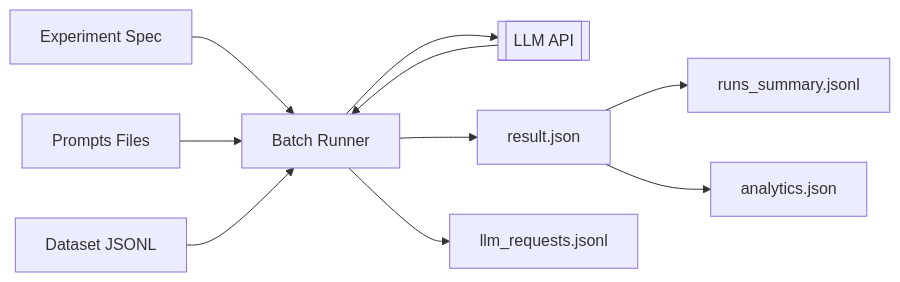
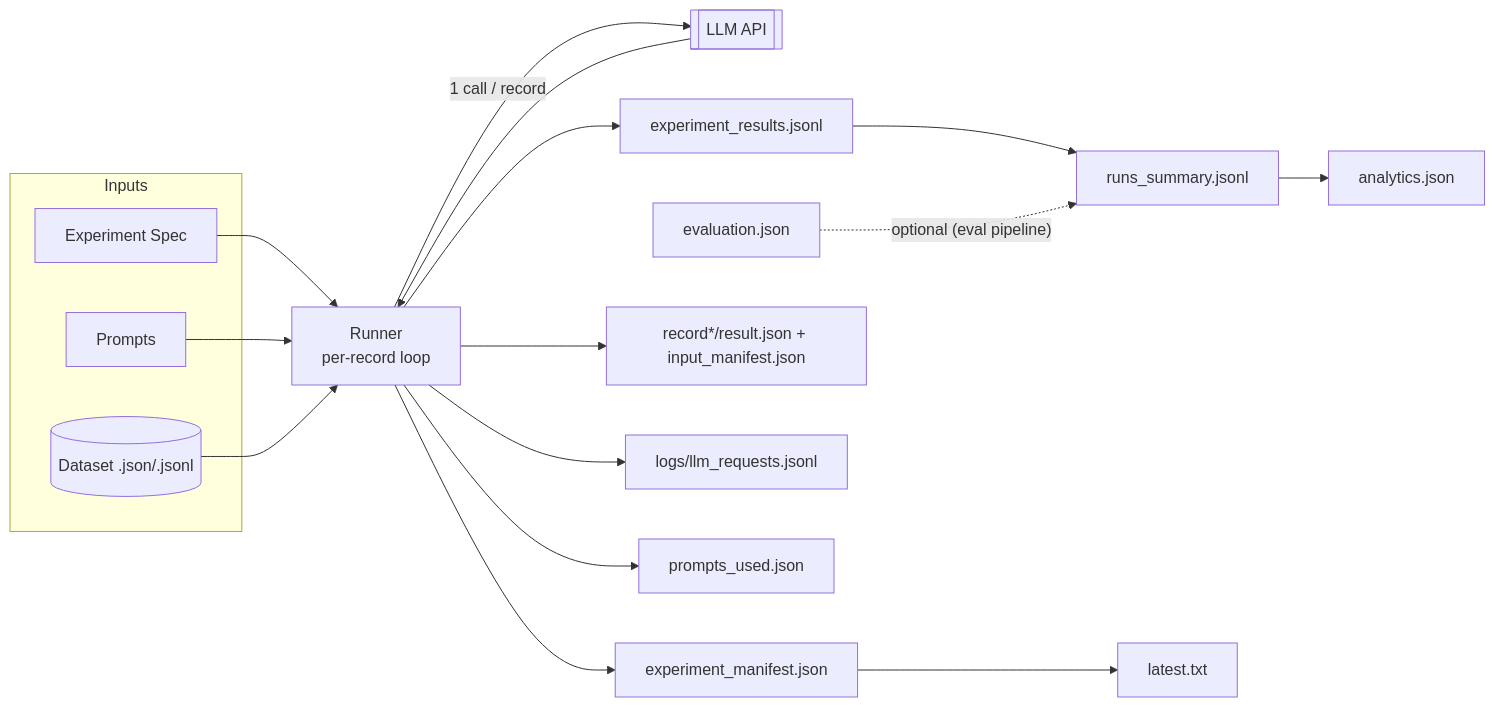
Before and after one commit to johnkozaris/ai-experiments-starter: the first of 2 diagrams in README.md, drawn with Mermaid. The commit also changed other lines of this file and 18 other files, not shown here.

````diff
--- a/README.md
+++ b/README.md
@@ -40,11 +40,21 @@
 ```mermaid
 flowchart LR
-  Spec[Experiment Spec] --> Runner
-  Prompts[Prompts Files] --> Runner
-  Data[Dataset JSONL] --> Runner
-  Runner[Batch Runner] --> LLM[[LLM API]] --> Runner
-  Runner --> Result[result.json]
-  Runner --> Logs[llm_requests.jsonl]
-  Result --> Summary[runs_summary.jsonl]
-  Result --> Analytics[analytics.json]
+  subgraph Inputs
+    Spec[Experiment Spec]
+    Prompts[Prompts]
+    Data[(Dataset .json/.jsonl)]
+  end
+  Spec --> Runner
+  Prompts --> Runner
+  Data --> Runner
+  Runner[Runner\n per-record loop] -->|1 call / record| LLM[[LLM API]] --> Runner
+  Runner --> Manifest[experiment_manifest.json]
+  Runner --> Agg[experiment_results.jsonl]
+  Runner --> RecDir[record*/result.json + input_manifest.json]
+  Runner --> Logs[logs/llm_requests.jsonl]
+  Runner --> PromptsSnap[prompts_used.json]
+  Agg --> Summary[runs_summary.jsonl]
+  Summary --> Analytics[analytics.json]
+  Manifest --> Latest[latest.txt]
+  Eval[evaluation.json] -. optional (eval pipeline) .-> Summary
 ```
````
